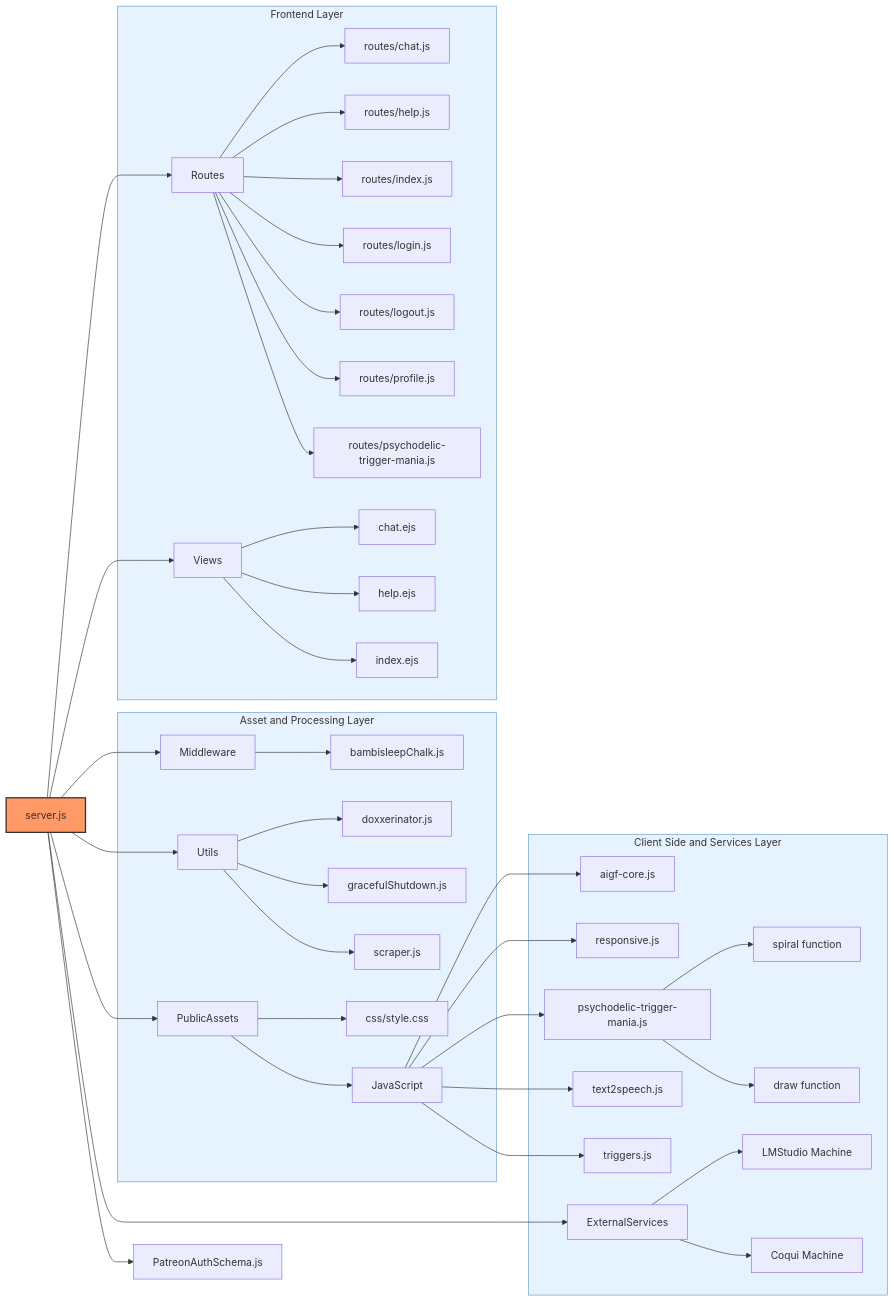
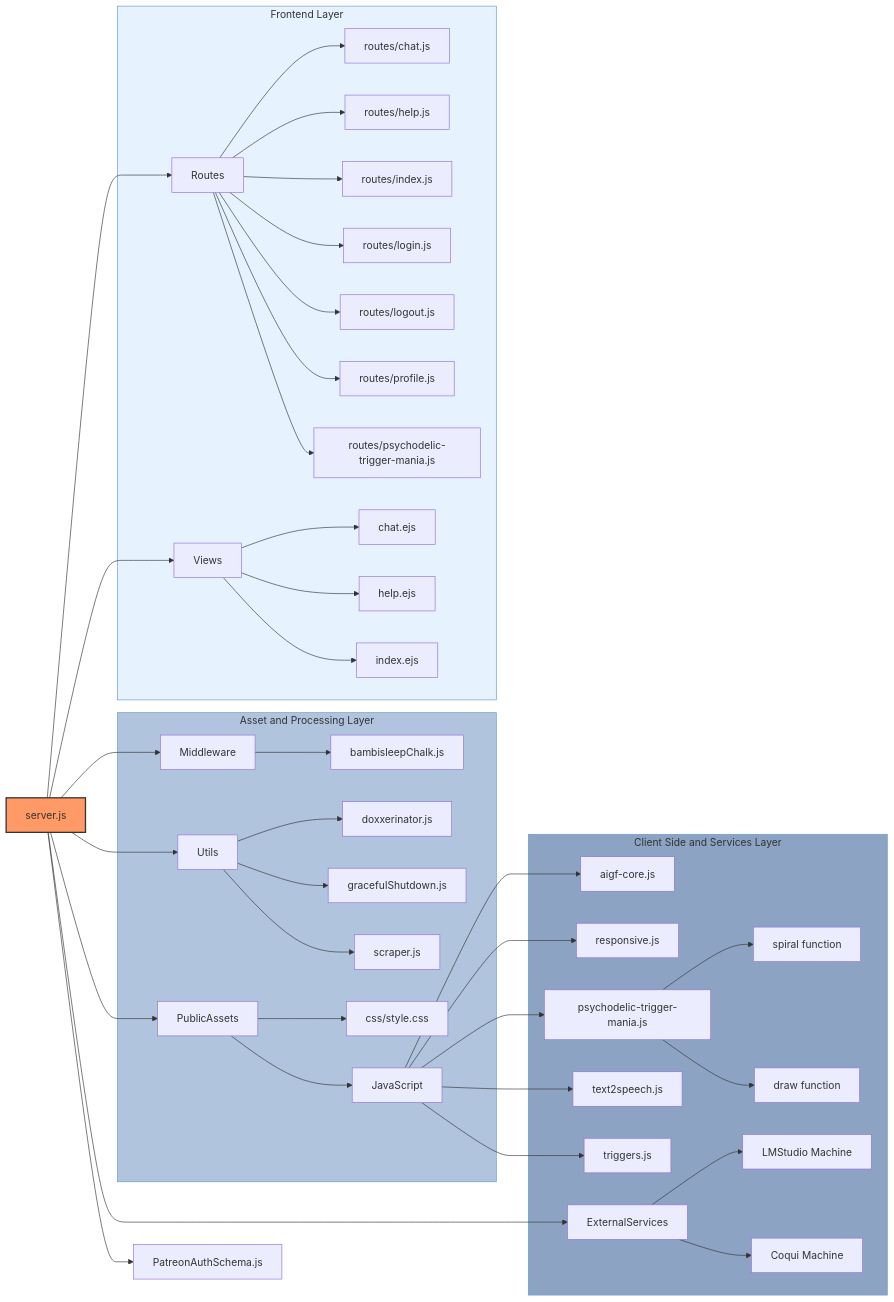
One commit to HarleyVader/js-bambisleep-chat changed the second of 2 diagrams in README.md. Above: the diagram before and after it, drawn with Mermaid.

````diff
--- a/README.md
+++ b/README.md
@@ -277,59 +277,63 @@
 ```mermaid
 graph LR
     %% Main Server Node in center
     Server[server.js] --> Routes
     Server --> Views
     Server --> Middleware
     Server --> Utils
     Server --> PublicAssets
     Server --> ExternalServices
     Server --> PatreonAuth[PatreonAuthSchema.js]
 
     %% Top Row - Routes and Views
     subgraph FrontendLayer["Frontend Layer"]
         Routes --> RouteChat[routes/chat.js]
         Routes --> RouteHelp[routes/help.js] 
         Routes --> RouteIndex[routes/index.js]
         Routes --> RouteLogin[routes/login.js]
         Routes --> RouteLogout[routes/logout.js]
         Routes --> RouteProfile[routes/profile.js]
         Routes --> RoutePTM[routes/psychodelic-trigger-mania.js]
 
         Views --> ViewChat[chat.ejs]
         Views --> ViewHelp[help.ejs] 
         Views --> ViewIndex[index.ejs]
     end
 
     %% Middle Row - Assets and Processing
     subgraph AssetLayer["Asset and Processing Layer"]
         PublicAssets --> CSS[css/style.css]
         PublicAssets --> JavaScript
 
         Middleware --> BambisleepChalk[bambisleepChalk.js]
         
         Utils --> Doxxerinator[doxxerinator.js]
         Utils --> GracefulShutdown[gracefulShutdown.js]
         Utils --> Scraper[scraper.js]
     end
 
     %% Bottom Row - Client-side JS and External Services
     subgraph ClientLayer["Client Side and Services Layer"]
         JavaScript --> AIGFCore[aigf-core.js]
         JavaScript --> Responsive[responsive.js]
         JavaScript --> PTMScript[psychodelic-trigger-mania.js]
         JavaScript --> Text2Speech[text2speech.js]
         JavaScript --> Triggers[triggers.js]
 
         PTMScript --> SpiralFunction[spiral function]
         PTMScript --> DrawFunction[draw function]
         
         ExternalServices --> LMStudio[LMStudio Machine]
         ExternalServices --> Coqui[Coqui Machine]
     end
 
     classDef serverNode fill:#f96,stroke:#333,stroke-width:2px
-    classDef layerStyle fill:#e6f3ff,stroke:#6699cc,stroke-width:1px
+    classDef frontendLayerStyle fill:#e6f3ff,stroke:#6699cc,stroke-width:1px
+    classDef assetLayerStyle fill:#b0c4de,stroke:#6699cc,stroke-width:1px
+    classDef clientLayerStyle fill:#8ca3c3,stroke:#6699cc,stroke-width:1px
     
     class Server serverNode
-    class FrontendLayer,AssetLayer,ClientLayer layerStyle
+    class FrontendLayer frontendLayerStyle
+    class AssetLayer assetLayerStyle
+    class ClientLayer clientLayerStyle
 ```
````
